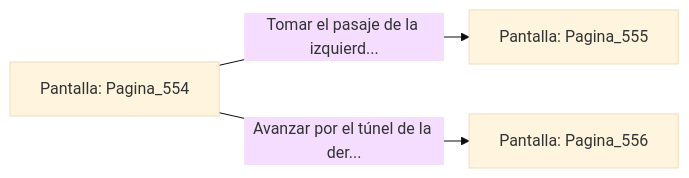
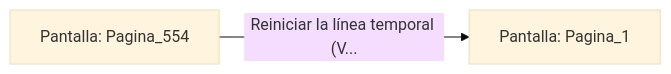
One commit to metsuke/mpl changed the diagram in sample/eligejuego-vault/Pantalla_Pagina_554.md. Above: the diagram before and after it, drawn with Mermaid (base theme). The commit also changed other lines of this file and 635 other files, not shown here.

First line of the commit message:
fix: añadir Pagina_1 como pantalla inicial en capitulo_01.mpl

````diff
--- a/sample/eligejuego-vault/Pantalla_Pagina_554.md
+++ b/sample/eligejuego-vault/Pantalla_Pagina_554.md
@@ -20,6 +17,5 @@
 ```mermaid
 graph LR
     P_Pagina_554["Pantalla: Pagina_554"]
-    P_Pagina_554 -->|"Tomar el pasaje de la izquierd..."| P_Pagina_555["Pantalla: Pagina_555"]
-    P_Pagina_554 -->|"Avanzar por el túnel de la der..."| P_Pagina_556["Pantalla: Pagina_556"]
+    P_Pagina_554 -->|"Reiniciar la línea temporal (V..."| P_Pagina_1["Pantalla: Pagina_1"]
 ```
````
